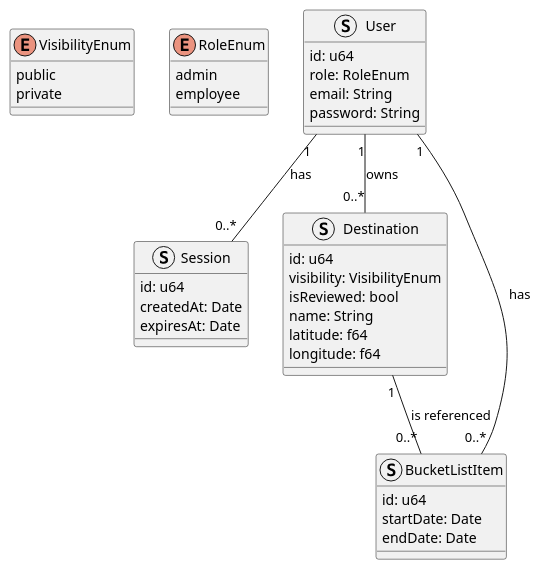
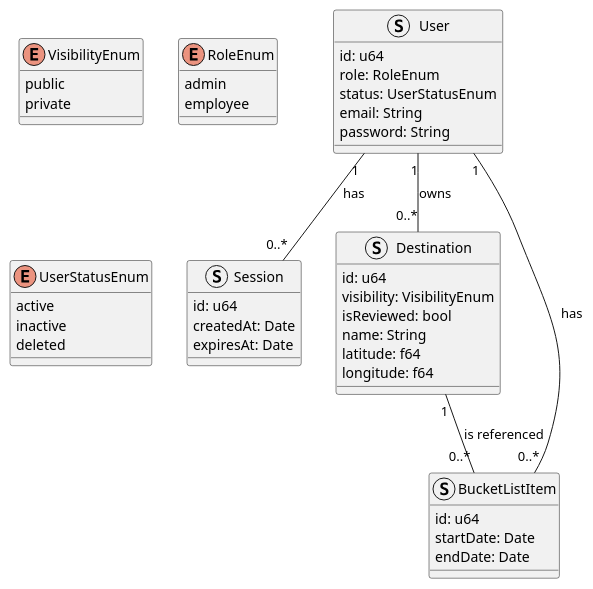
One commit to cs-rustaceans/bucketlist-diagrams changed the diagram in conceptual_model.puml. Above: the diagram before and after it, drawn with PlantUML.

Commit message:
adds status to user

```diff
--- a/conceptual_model.puml
+++ b/conceptual_model.puml
@@ -1,44 +1,52 @@
 @startuml
 enum VisibilityEnum{
   public
   private
 }
+
 enum RoleEnum {
   admin
   employee
 }
 
+enum UserStatusEnum {
+  active
+  inactive
+  deleted
+}
+
 struct User {
   id: u64
   role: RoleEnum
+  status: UserStatusEnum
   email: String
   password: String
 }
 
 struct Session {
   id: u64
   createdAt: Date
   expiresAt: Date
 }
 
 struct Destination {
   id: u64
   visibility: VisibilityEnum
   isReviewed: bool
   name: String
   latitude: f64
   longitude: f64
 }
 
 struct BucketListItem {
   id: u64
   startDate: Date
   endDate: Date
 }
 
 User "1" -- "0..*" Session: has
 User "1" -- "0..*" Destination: owns
 Destination "1" -- "0..*" BucketListItem: is referenced
 User "1" -- "0..*" BucketListItem: has
 
 @enduml
```
